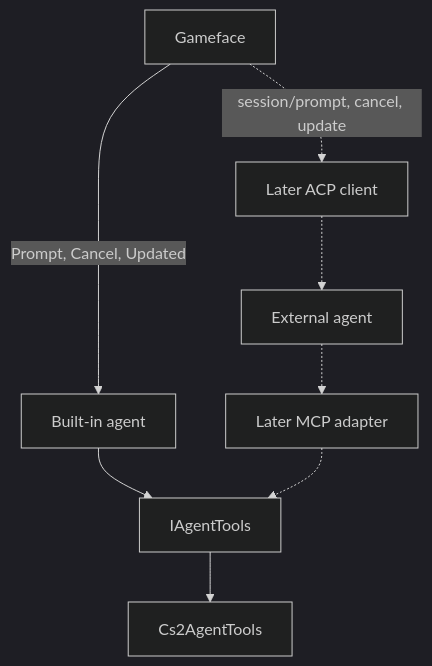
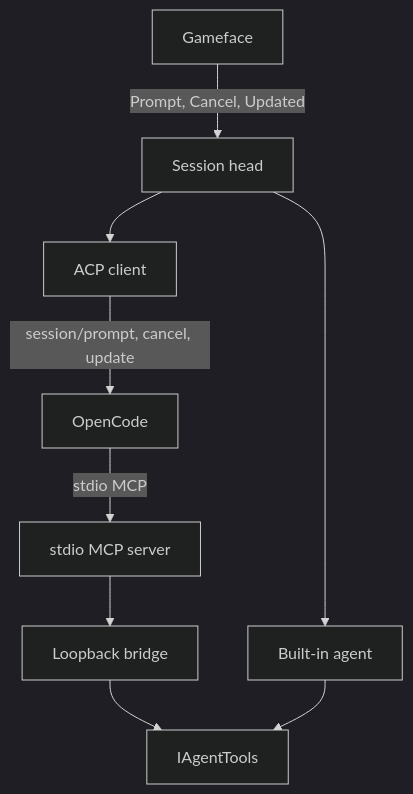
Before and after one commit to lulu0119/airimayor: the diagram in README.md, drawn with Mermaid (dark theme). The commit also changed other lines of this file and 17 other files, not shown here.

Commit message:
feat(mod): optional external mayor over ACP with stdio MCP server

````diff
--- a/README.md
+++ b/README.md
@@ -19,17 +19,19 @@
 ```mermaid
 flowchart TD
   ui[Gameface]
-  runtime["Built-in agent"]
-  acp["Later ACP client"]
-  external["External agent"]
-  mcp["Later MCP adapter"]
+  head[Session head]
+  builtin["Built-in agent"]
+  acp[ACP client]
+  agent[OpenCode]
+  mcp["stdio MCP server"]
+  bridge[Loopback bridge]
   tools[IAgentTools]
-  cs2[Cs2AgentTools]
-  ui -->|"Prompt, Cancel, Updated"| runtime
-  ui -.->|"session/prompt, cancel, update"| acp
-  acp -.-> external
-  runtime --> tools
-  external -.-> mcp
-  mcp -.-> tools
-  tools --> cs2
+  ui -->|"Prompt, Cancel, Updated"| head
+  head --> builtin
+  head --> acp
+  acp -->|"session/prompt, cancel, update"| agent
+  agent -->|"stdio MCP"| mcp
+  mcp --> bridge
+  bridge --> tools
+  builtin --> tools
 ```
````
